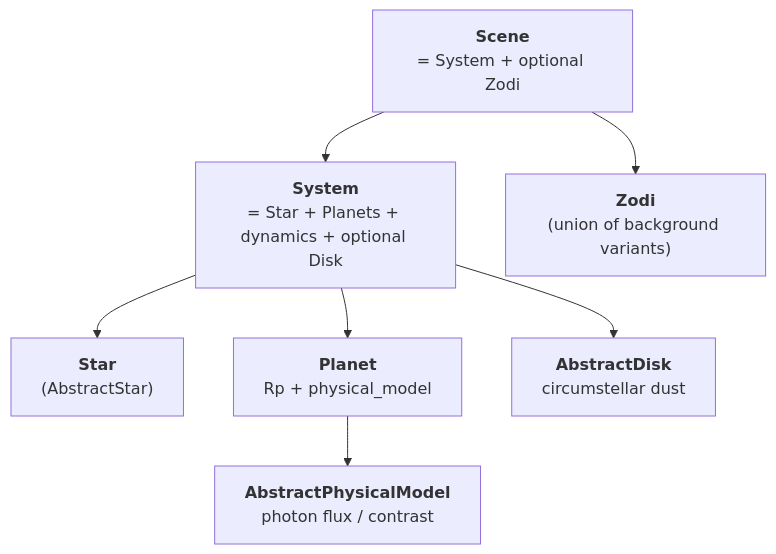
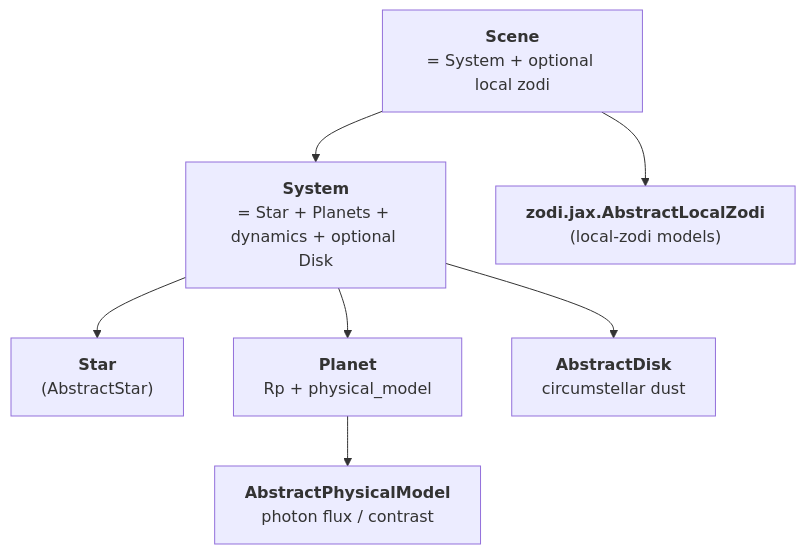
Before and after one commit to CoreySpohn/skyscapes: the diagram in docs/explanation/source_models.md, drawn with Mermaid. The commit also changed other lines of this file and 14 other files, not shown here.

Commit message:
refactor!: local-zodi models come from zodi.jax and skyscapes.background is gone

````diff
--- a/docs/explanation/source_models.md
+++ b/docs/explanation/source_models.md
@@ -19,17 +19,17 @@
 ```mermaid
 flowchart TB
-    Scene["<b>Scene</b><br/>= System + optional Zodi"]
+    Scene["<b>Scene</b><br/>= System + optional local zodi"]
     System["<b>System</b><br/>= Star + Planets + dynamics + optional Disk"]
     Star["<b>Star</b><br/>(AbstractStar)"]
     Planet["<b>Planet</b><br/>Rp + physical_model"]
     Disk["<b>AbstractDisk</b><br/>circumstellar dust"]
-    Zodi["<b>Zodi</b><br/>(union of background variants)"]
+    Zodi["<b>zodi.jax.AbstractLocalZodi</b><br/>(local-zodi models)"]
     PM["<b>AbstractPhysicalModel</b><br/>photon flux / contrast"]
 
     Scene --> System
     Scene --> Zodi
     System --> Star
     System --> Planet
     System --> Disk
     Planet --> PM
 ```
````
